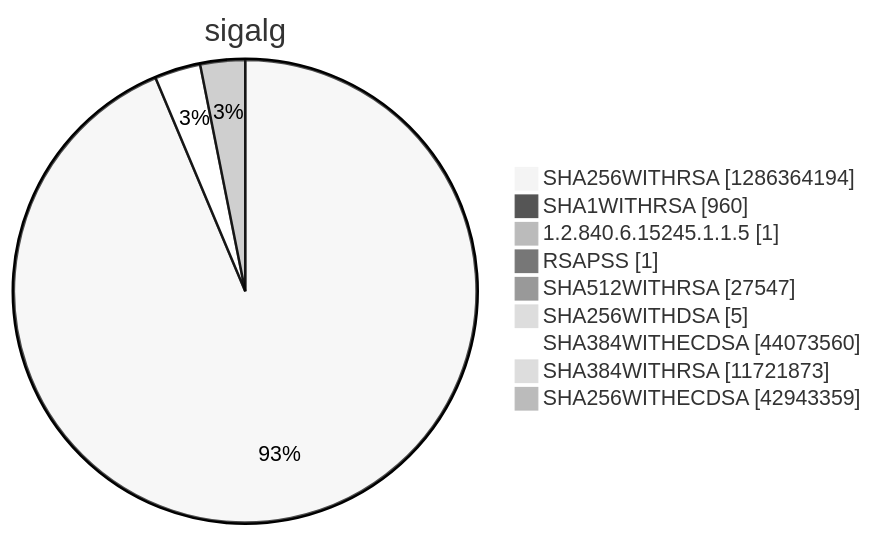
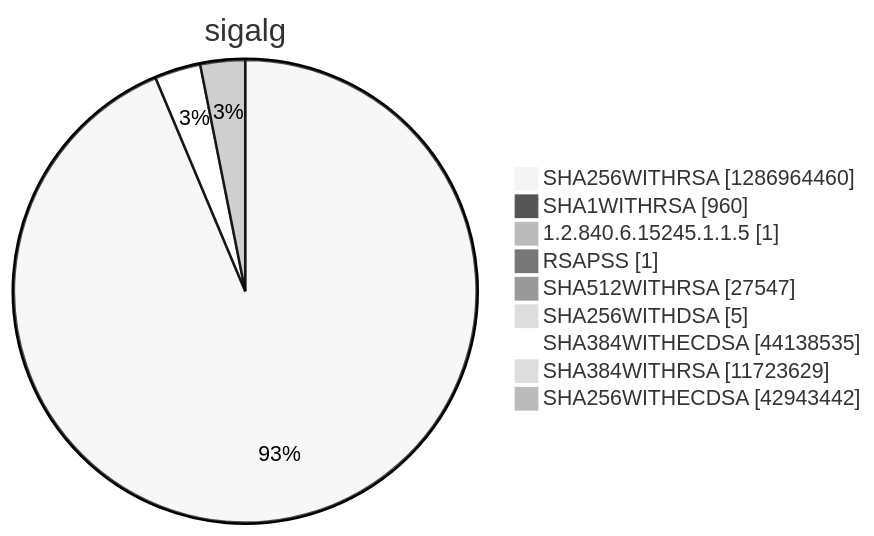
One commit to christiankrug/ctmonitor_visualization changed diagram 15 of 15 in argon2022/README.md. Above: the diagram before and after it, drawn with Mermaid (neutral theme). The commit also changed other lines of this file, not shown here.

````diff
--- a/argon2022/README.md
+++ b/argon2022/README.md
@@ -5523,13 +5523,13 @@
 ```mermaid
 pie showData
 title sigalg
-"SHA256WITHRSA" :1286364194
+"SHA256WITHRSA" :1286964460
 "SHA1WITHRSA" :960
 "1.2.840.6.15245.1.1.5" :1
 "RSAPSS" :1
 "SHA512WITHRSA" :27547
 "SHA256WITHDSA" :5
-"SHA384WITHECDSA" :44073560
-"SHA384WITHRSA" :11721873
-"SHA256WITHECDSA" :42943359
+"SHA384WITHECDSA" :44138535
+"SHA384WITHRSA" :11723629
+"SHA256WITHECDSA" :42943442
 ```
````
